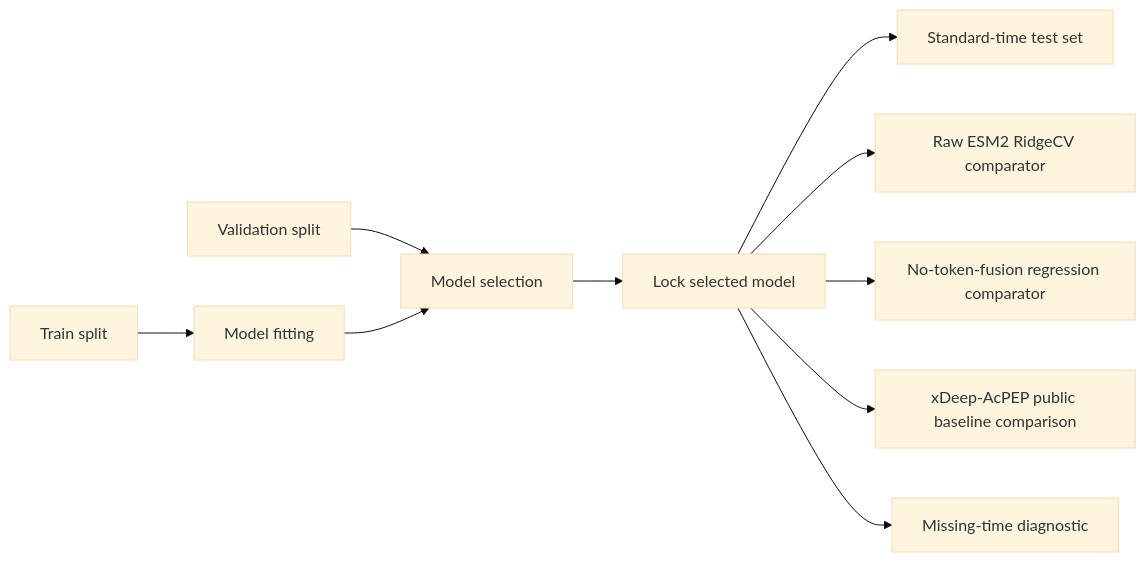
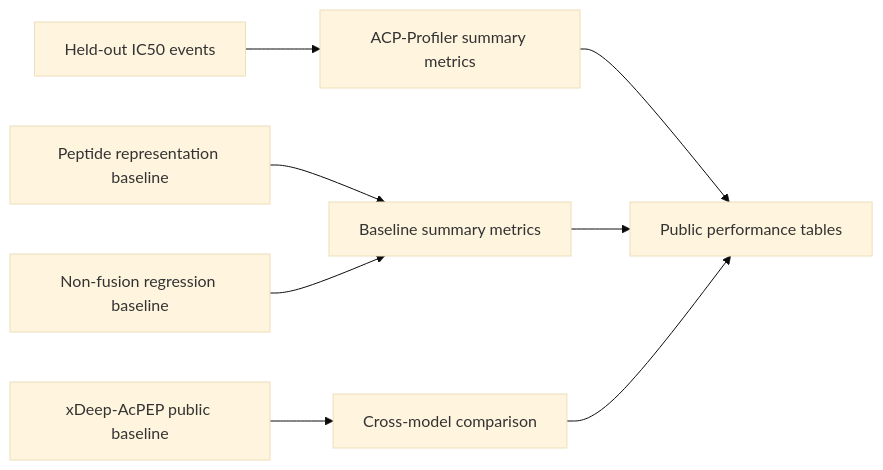
One commit to ChiShawn/acp-profiler-esm2 changed the third of 3 diagrams in docs/architecture.md. Above: the diagram before and after it, drawn with Mermaid (base theme). The commit also changed other lines of this file and 2 other files, not shown here.

Commit message:
Align architecture docs with public inference scope

````diff
--- a/docs/architecture.md
+++ b/docs/architecture.md
@@ -53,12 +46,10 @@
 ```mermaid
 flowchart LR
-    A[Train split] --> B[Model fitting]
-    C[Validation split] --> D[Model selection]
-    B --> D
-    D --> E[Lock selected model]
-    E --> F[Standard-time test set]
-    E --> G[Raw ESM2 RidgeCV comparator]
-    E --> H[No-token-fusion regression comparator]
-    E --> I[xDeep-AcPEP public baseline comparison]
-    E --> J[Missing-time diagnostic]
+    A[Held-out IC50 events] --> B[ACP-Profiler summary metrics]
+    C[Peptide representation baseline] --> D[Baseline summary metrics]
+    E[Non-fusion regression baseline] --> D
+    F[xDeep-AcPEP public baseline] --> G[Cross-model comparison]
+    B --> H[Public performance tables]
+    D --> H
+    G --> H
 ```
````
